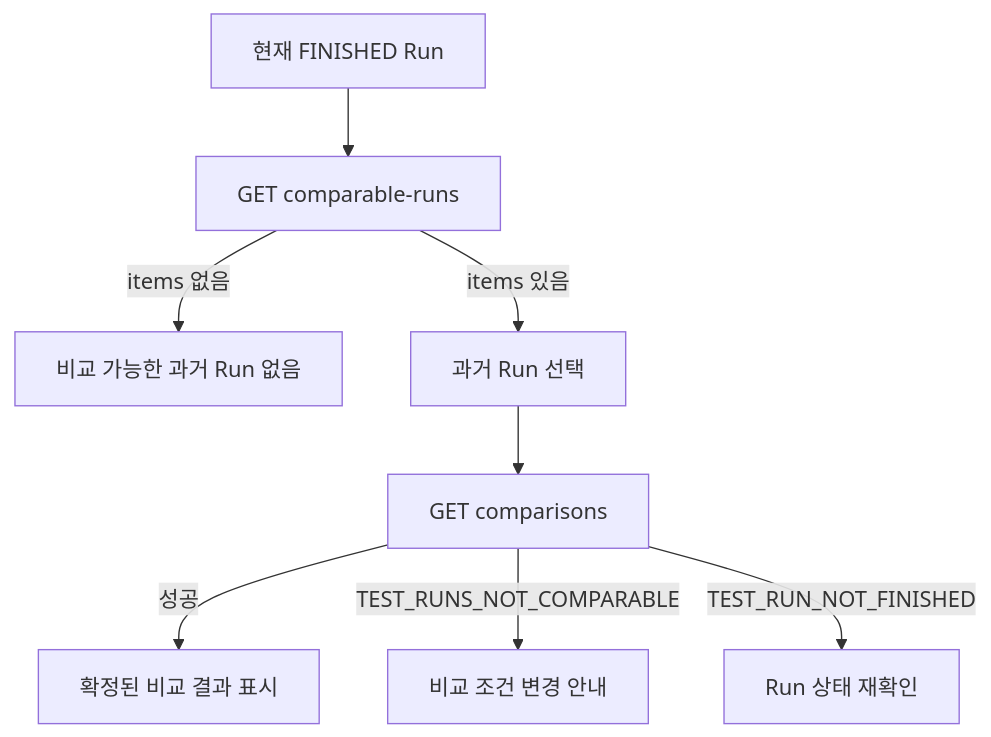
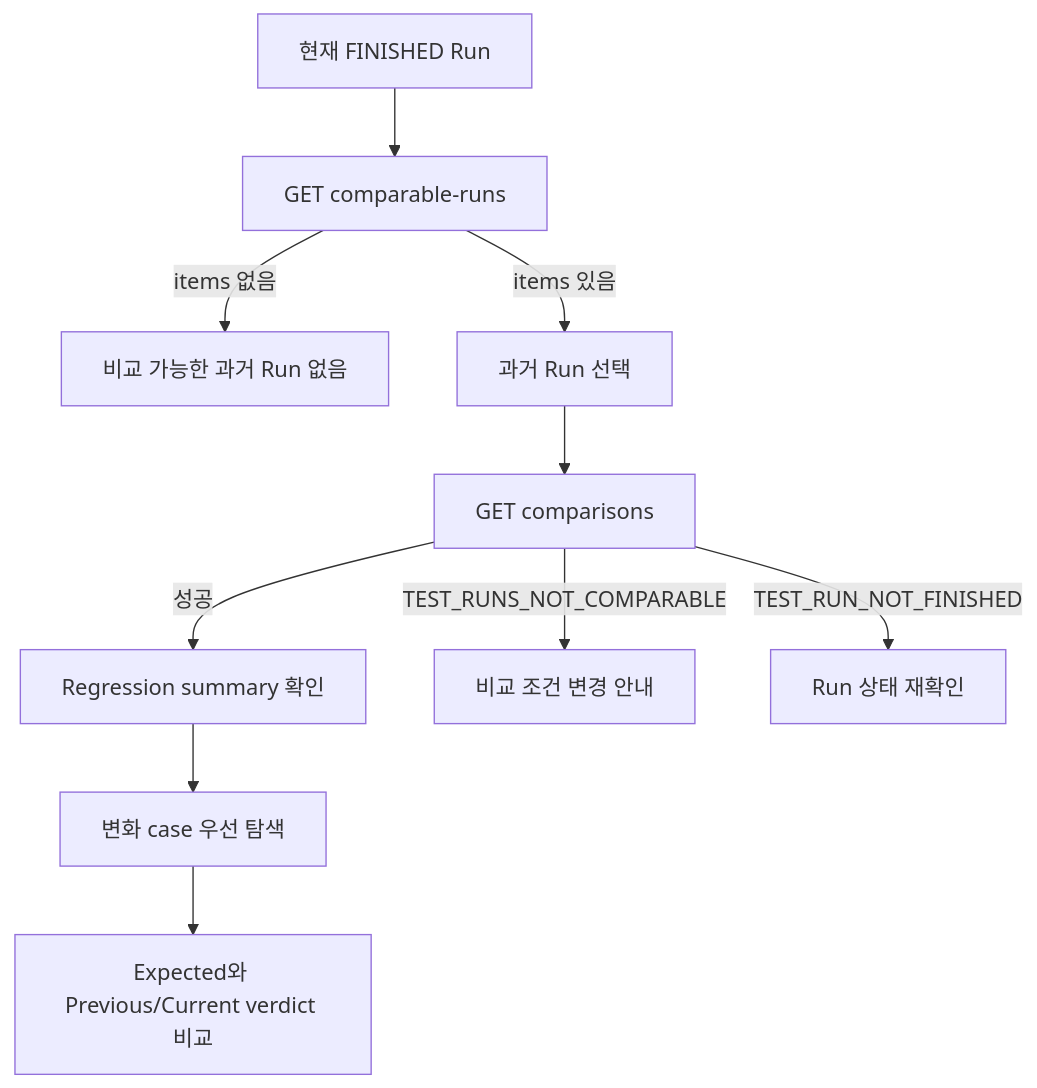
One commit to GuardBench/guardbench-frontend changed the sixth of 6 diagrams in docs/product/user-flows.md. Above: the diagram before and after it, drawn with Mermaid. The commit also changed other lines of this file, not shown here.

Commit message:
docs: Regression 사용자 흐름을 실제 구현과 동기화

````diff
--- a/docs/product/user-flows.md
+++ b/docs/product/user-flows.md
@@ -309,10 +308,12 @@
 ```mermaid
 flowchart TD
     A[현재 FINISHED Run] --> B[GET comparable-runs]
     B -->|items 없음| C[비교 가능한 과거 Run 없음]
     B -->|items 있음| D[과거 Run 선택]
     D --> E[GET comparisons]
-    E -->|성공| F[확정된 비교 결과 표시]
-    E -->|TEST_RUNS_NOT_COMPARABLE| G[비교 조건 변경 안내]
-    E -->|TEST_RUN_NOT_FINISHED| H[Run 상태 재확인]
+    E -->|성공| F[Regression summary 확인]
+    F --> G[변화 case 우선 탐색]
+    G --> H[Expected와 Previous/Current verdict 비교]
+    E -->|TEST_RUNS_NOT_COMPARABLE| I[비교 조건 변경 안내]
+    E -->|TEST_RUN_NOT_FINISHED| J[Run 상태 재확인]
 ```
````
